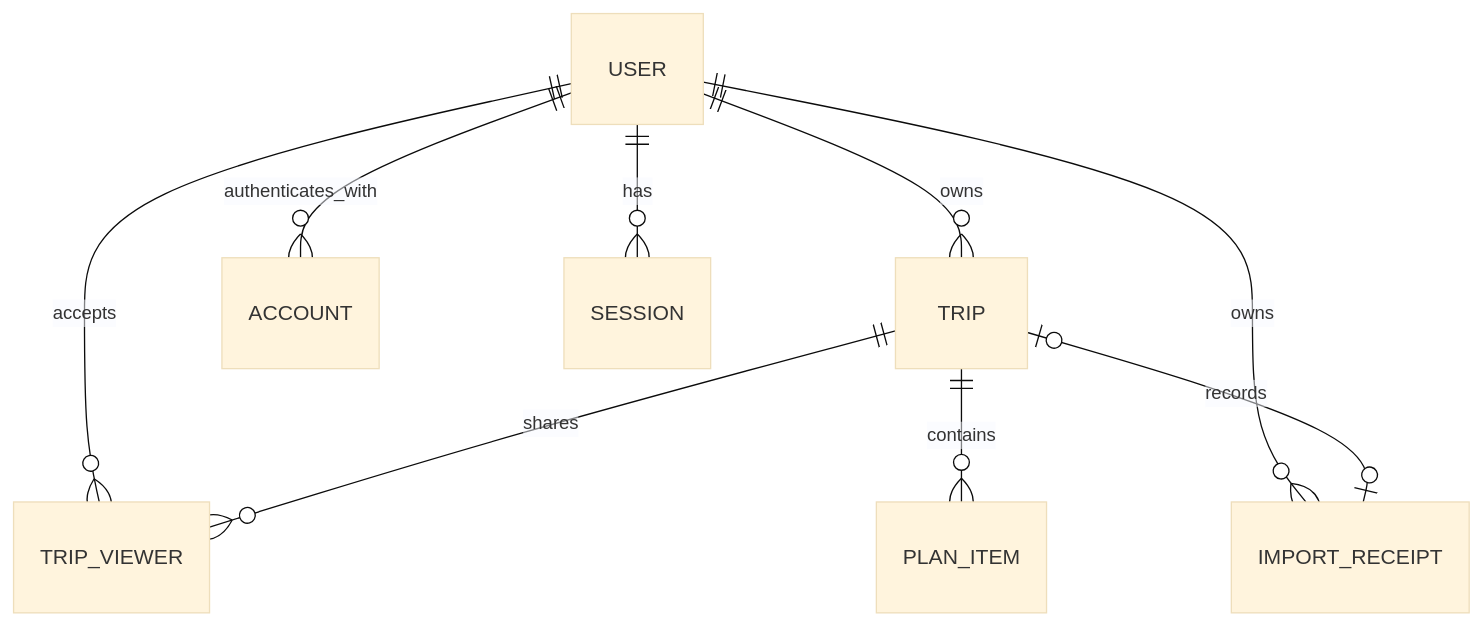
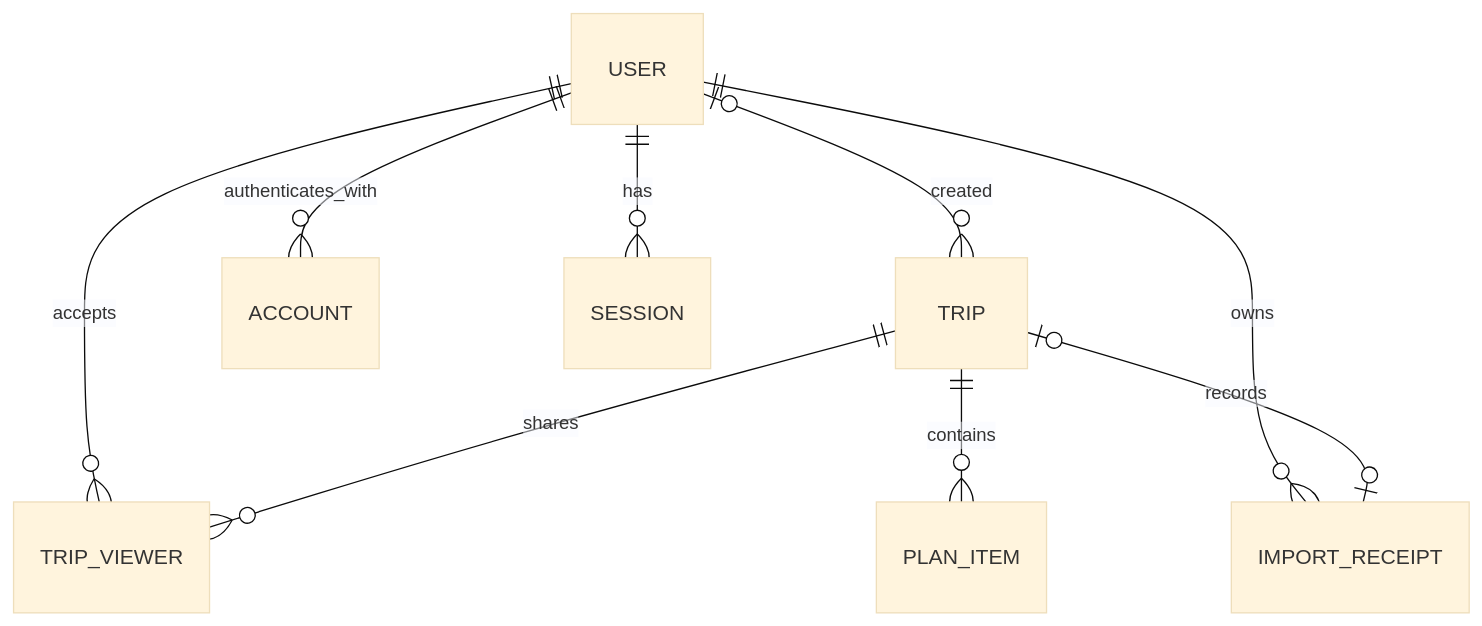
One commit to Link-lin/FieldNotes changed the third of 3 diagrams in docs/design/technical-design.md. Above: the diagram before and after it, drawn with Mermaid (base theme). The commit also changed other lines of this file and 37 other files, not shown here.

````diff
--- a/docs/design/technical-design.md
+++ b/docs/design/technical-design.md
@@ -144,11 +144,11 @@
 ```mermaid
 erDiagram
-    USER ||--o{ TRIP : owns
+    USER o|--o{ TRIP : created
     USER ||--o{ ACCOUNT : authenticates_with
     USER ||--o{ SESSION : has
     USER ||--o{ TRIP_VIEWER : accepts
     TRIP ||--o{ TRIP_VIEWER : shares
     TRIP ||--o{ PLAN_ITEM : contains
     USER ||--o{ IMPORT_RECEIPT : owns
     TRIP o|--o| IMPORT_RECEIPT : records
 ```
````
